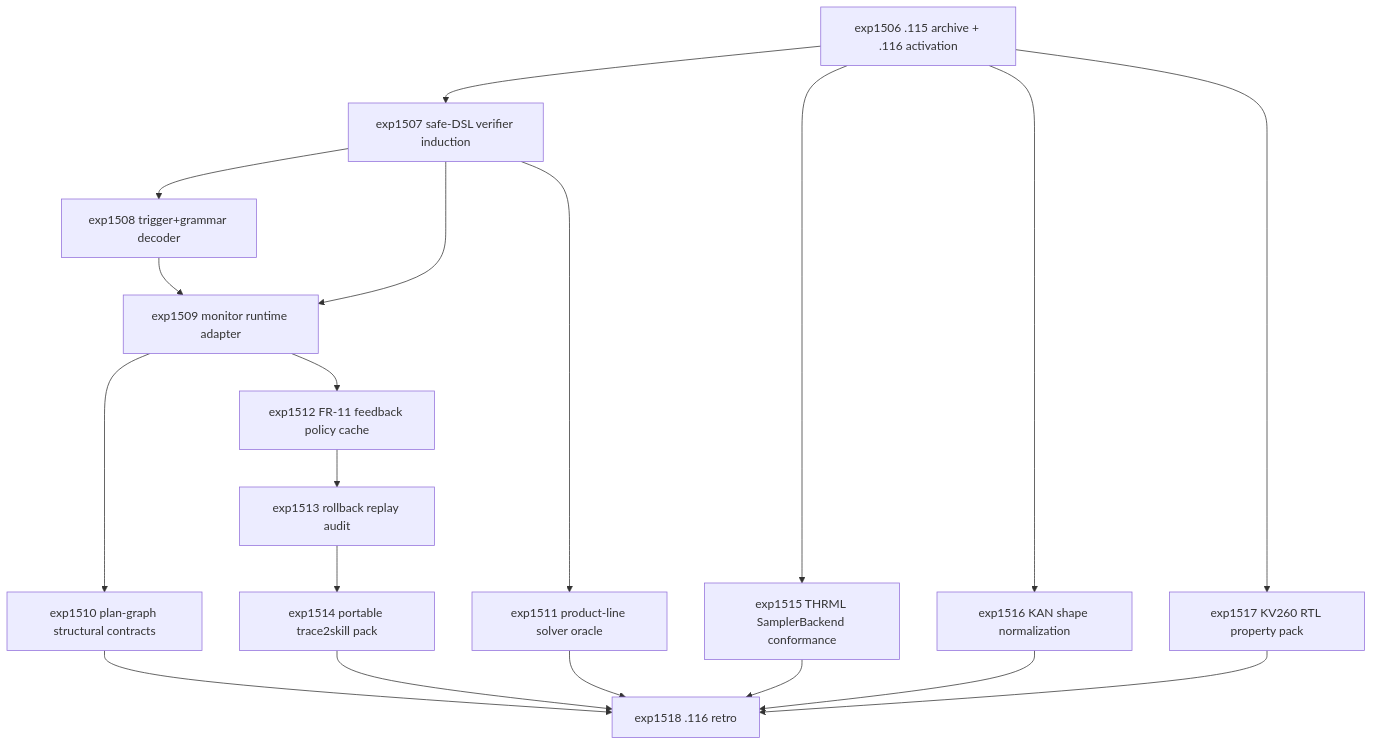
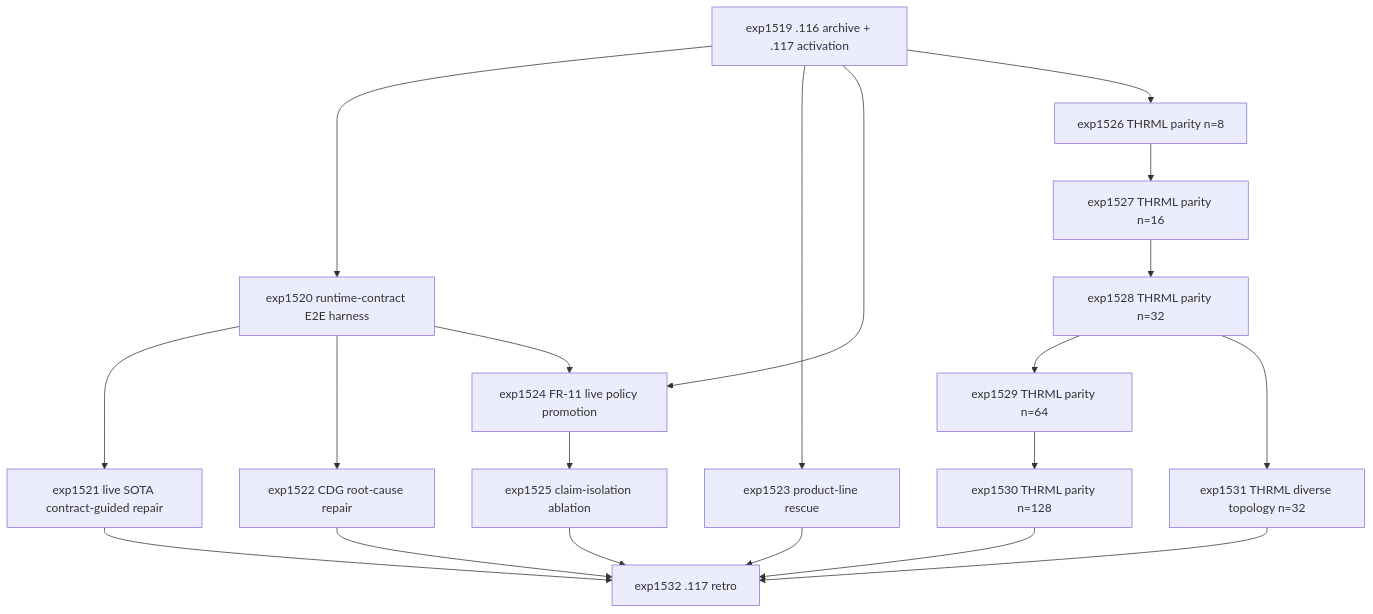
Before and after one commit to Carnot-EBM/carnot-ebm: the diagram in openspec/change-proposals/research-roadmap-vNEXT.md, drawn with Mermaid. The commit also changed other lines of this file and 5 other files, not shown here.

````diff
--- a/openspec/change-proposals/research-roadmap-vNEXT.md
+++ b/openspec/change-proposals/research-roadmap-vNEXT.md
@@ -152,35 +154,37 @@
 ```mermaid
 flowchart TD
-    E1506[exp1506 .115 archive + .116 activation]
-    E1507[exp1507 safe-DSL verifier induction]
-    E1508[exp1508 trigger+grammar decoder]
-    E1509[exp1509 monitor runtime adapter]
-    E1510[exp1510 plan-graph structural contracts]
-    E1511[exp1511 product-line solver oracle]
-    E1512[exp1512 FR-11 feedback policy cache]
-    E1513[exp1513 rollback replay audit]
-    E1514[exp1514 portable trace2skill pack]
-    E1515[exp1515 THRML SamplerBackend conformance]
-    E1516[exp1516 KAN shape normalization]
-    E1517[exp1517 KV260 RTL property pack]
-    E1518[exp1518 .116 retro]
+    E1519[exp1519 .116 archive + .117 activation]
+    E1520[exp1520 runtime-contract E2E harness]
+    E1521[exp1521 live SOTA contract-guided repair]
+    E1522[exp1522 CDG root-cause repair]
+    E1523[exp1523 product-line rescue]
+    E1524[exp1524 FR-11 live policy promotion]
+    E1525[exp1525 claim-isolation ablation]
+    E1526[exp1526 THRML parity n=8]
+    E1527[exp1527 THRML parity n=16]
+    E1528[exp1528 THRML parity n=32]
+    E1529[exp1529 THRML parity n=64]
+    E1530[exp1530 THRML parity n=128]
+    E1531[exp1531 THRML diverse topology n=32]
+    E1532[exp1532 .117 retro]
 
-    E1506 --> E1507
-    E1507 --> E1508
-    E1507 --> E1509
-    E1508 --> E1509
-    E1509 --> E1510
-    E1507 --> E1511
-    E1509 --> E1512
-    E1512 --> E1513
-    E1513 --> E1514
-    E1506 --> E1515
-    E1506 --> E1516
-    E1506 --> E1517
-    E1510 --> E1518
-    E1511 --> E1518
-    E1514 --> E1518
-    E1515 --> E1518
-    E1516 --> E1518
-    E1517 --> E1518
+    E1519 --> E1520
+    E1520 --> E1521
+    E1520 --> E1522
+    E1519 --> E1523
+    E1519 --> E1524
+    E1520 --> E1524
+    E1524 --> E1525
+    E1519 --> E1526
+    E1526 --> E1527
+    E1527 --> E1528
+    E1528 --> E1529
+    E1529 --> E1530
+    E1528 --> E1531
+    E1521 --> E1532
+    E1522 --> E1532
+    E1523 --> E1532
+    E1525 --> E1532
+    E1530 --> E1532
+    E1531 --> E1532
 ```
````
